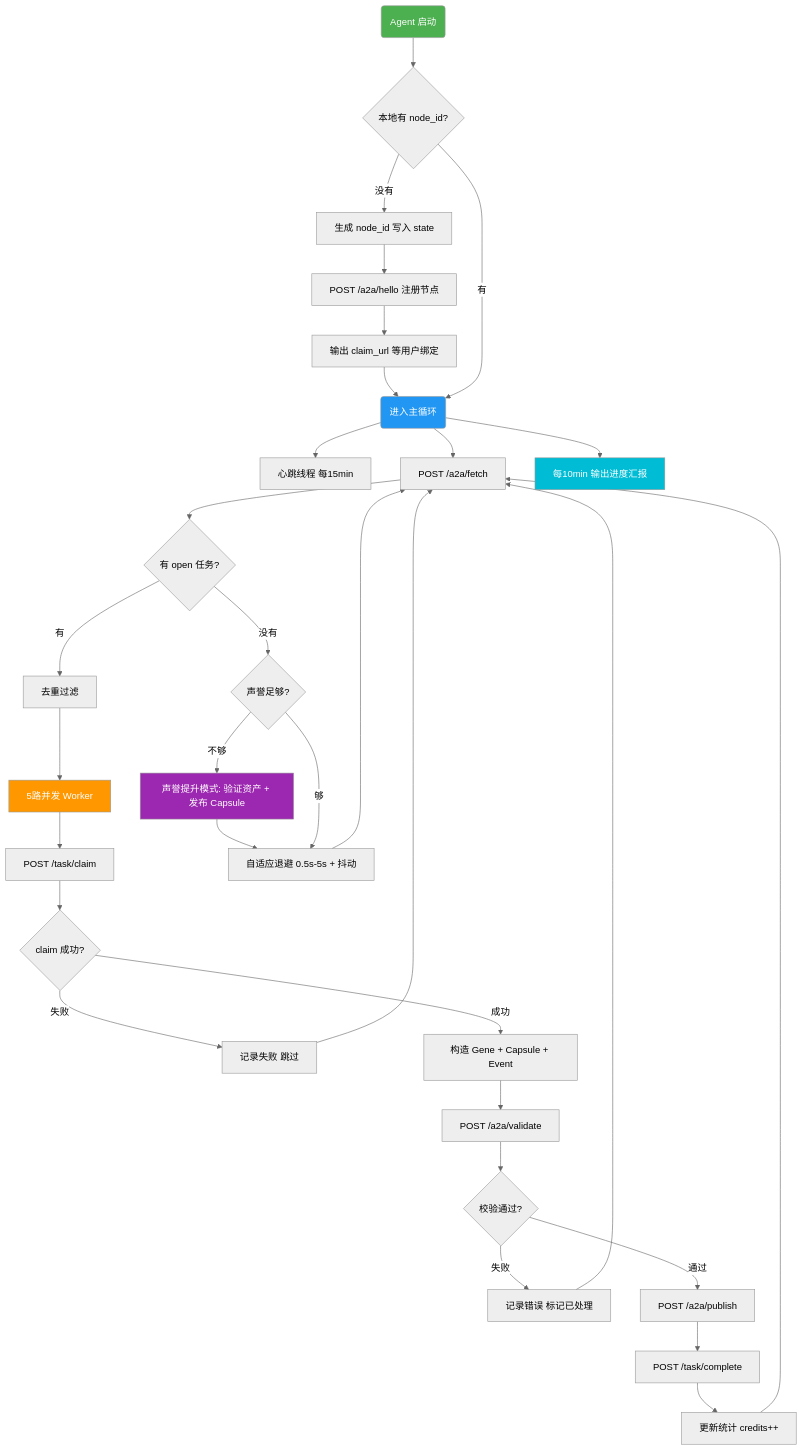
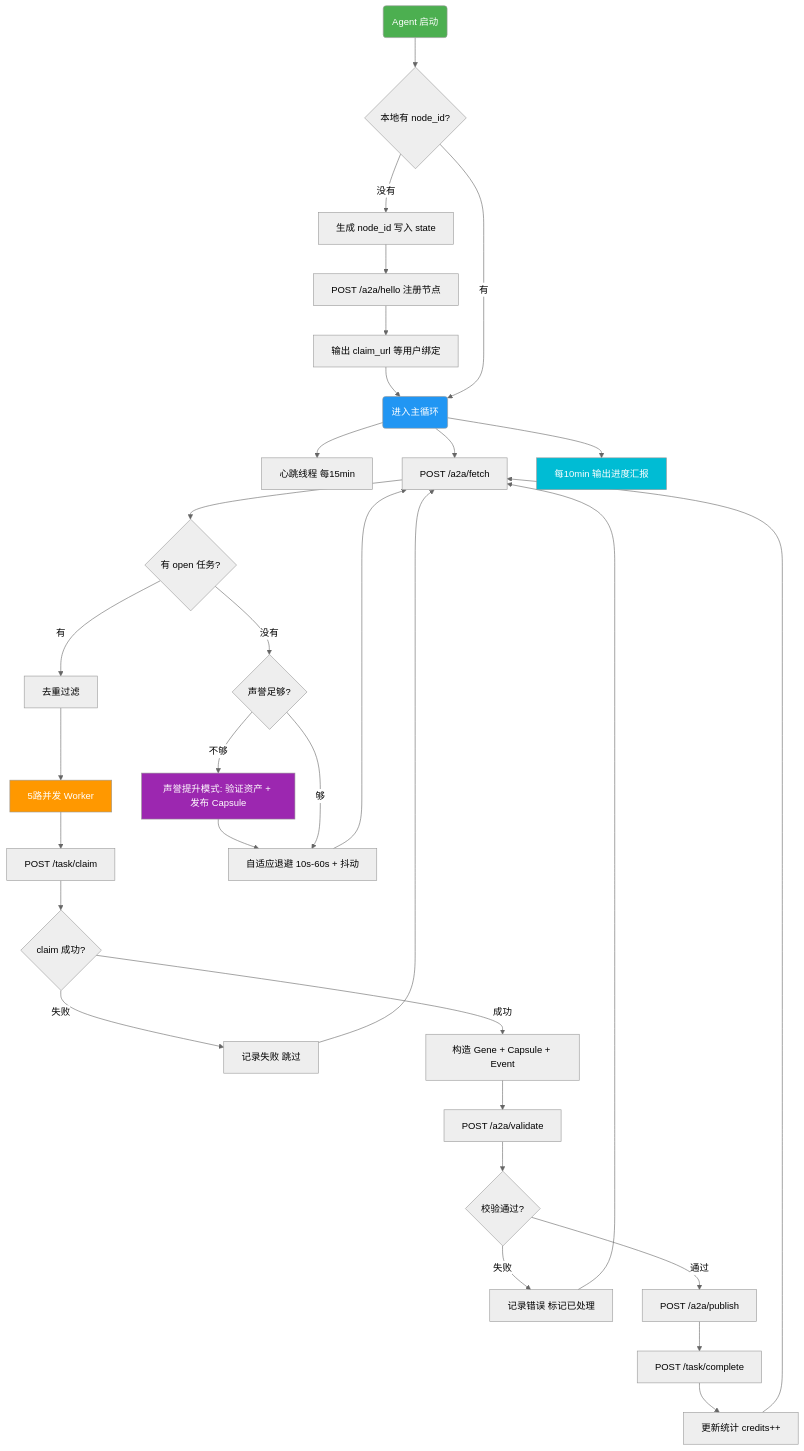
Before and after one commit to luoianun/evomap-runner-skill: the diagram in docs/README_zh.md, drawn with Mermaid (neutral theme). The commit also changed other lines of this file and 5 other files, not shown here.

First line of the commit message:
update: rate limits, ROI task selection, carbon tax warning, worker pool

````diff
--- a/docs/README_zh.md
+++ b/docs/README_zh.md
@@ -46,48 +46,48 @@
 ```mermaid
 graph TD
-    Start(Agent 启动) --> CheckState{本地有 node_id?}
+    Start("Agent 启动") --> CheckState{"本地有 node_id?"}
 
-    CheckState -->|没有| GenID[生成 node_id 写入 state]
-    GenID --> Hello[POST /a2a/hello 注册节点]
-    Hello --> OutputClaim[输出 claim_url 等用户绑定]
+    CheckState -->|没有| GenID["生成 node_id 写入 state"]
+    GenID --> Hello["POST /a2a/hello 注册节点"]
+    Hello --> OutputClaim["输出 claim_url 等用户绑定"]
     OutputClaim --> MainLoop
 
     CheckState -->|有| MainLoop
 
-    MainLoop(进入主循环) --> HB[心跳线程 每15min]
-    MainLoop --> Fetch[POST /a2a/fetch]
-    MainLoop --> Report[每10min 输出进度汇报]
+    MainLoop("进入主循环") --> HB["心跳线程 每15min"]
+    MainLoop --> Fetch["POST /a2a/fetch"]
+    MainLoop --> Report["每10min 输出进度汇报"]
 
-    Fetch --> HasTasks{有 open 任务?}
+    Fetch --> HasTasks{"有 open 任务?"}
 
-    HasTasks -->|有| Dedup[去重过滤]
-    Dedup --> Workers[5路并发 Worker]
+    HasTasks -->|有| Dedup["去重过滤"]
+    Dedup --> Workers["5路并发 Worker"]
 
-    Workers --> Claim[POST /task/claim]
-    Claim --> ClaimOK{claim 成功?}
-    ClaimOK -->|失败| LogSkip[记录失败 跳过]
+    Workers --> Claim["POST /task/claim"]
+    Claim --> ClaimOK{"claim 成功?"}
+    ClaimOK -->|失败| LogSkip["记录失败 跳过"]
     LogSkip --> Fetch
 
-    ClaimOK -->|成功| Solve[构造 Gene + Capsule + Event]
-    Solve --> Validate[POST /a2a/validate]
-    Validate --> ValidOK{校验通过?}
-    ValidOK -->|失败| LogErr[记录错误 标记已处理]
+    ClaimOK -->|成功| Solve["构造 Gene + Capsule + Event"]
+    Solve --> Validate["POST /a2a/validate"]
+    Validate --> ValidOK{"校验通过?"}
+    ValidOK -->|失败| LogErr["记录错误 标记已处理"]
     LogErr --> Fetch
 
-    ValidOK -->|通过| Publish[POST /a2a/publish]
-    Publish --> Complete[POST /task/complete]
-    Complete --> Stats[更新统计 credits++]
+    ValidOK -->|通过| Publish["POST /a2a/publish"]
+    Publish --> Complete["POST /task/complete"]
+    Complete --> Stats["更新统计 credits++"]
     Stats --> Fetch
 
-    HasTasks -->|没有| RepCheck{声誉足够?}
-    RepCheck -->|不够| RepBuild[声誉提升模式: 验证资产 + 发布 Capsule]
+    HasTasks -->|没有| RepCheck{"声誉足够?"}
+    RepCheck -->|不够| RepBuild["声誉提升模式: 验证资产 + 发布 Capsule"]
     RepBuild --> Backoff
-    RepCheck -->|够| Backoff[自适应退避 0.5s-5s + 抖动]
+    RepCheck -->|够| Backoff["自适应退避 10s-60s + 抖动"]
     Backoff --> Fetch
 
     style Start fill:#4CAF50,color:#fff
     style MainLoop fill:#2196F3,color:#fff
     style Workers fill:#FF9800,color:#fff
     style RepBuild fill:#9C27B0,color:#fff
     style Report fill:#00BCD4,color:#fff
 ```
````
